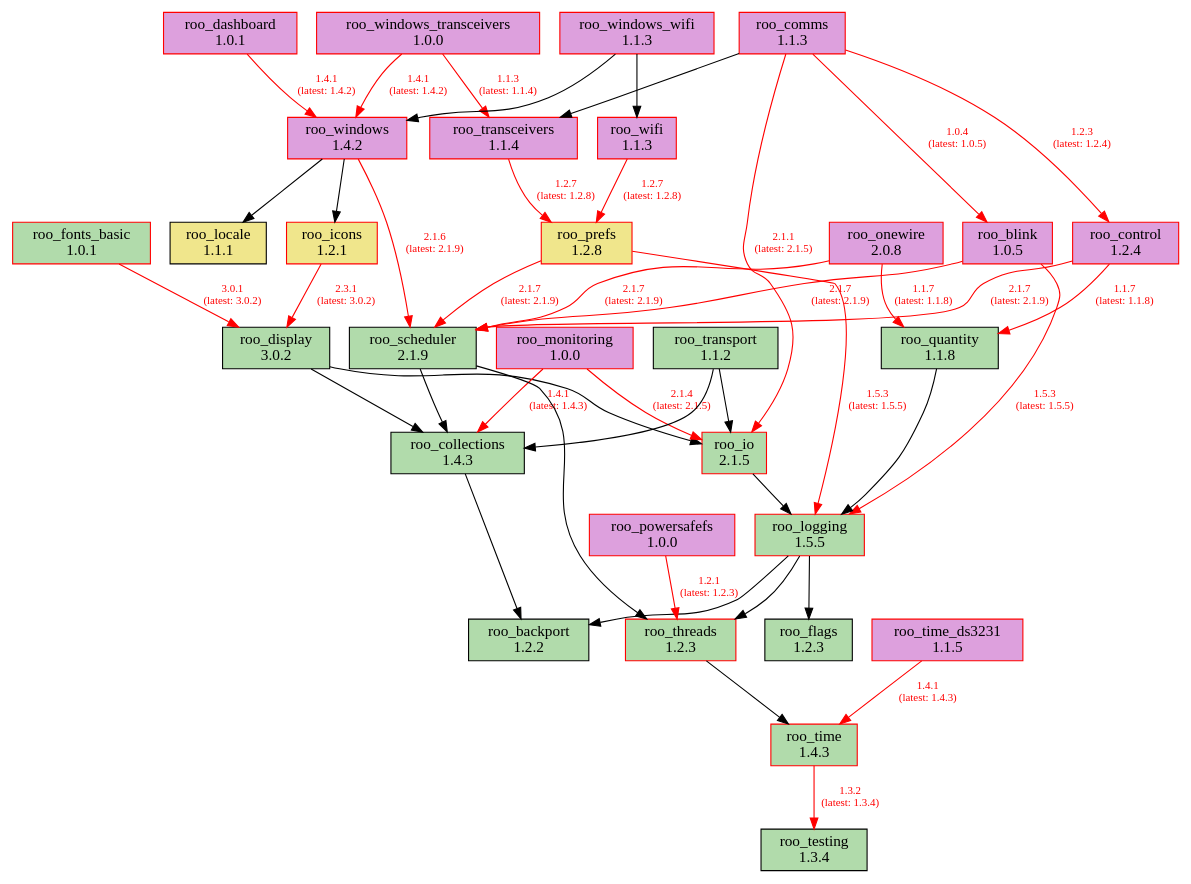
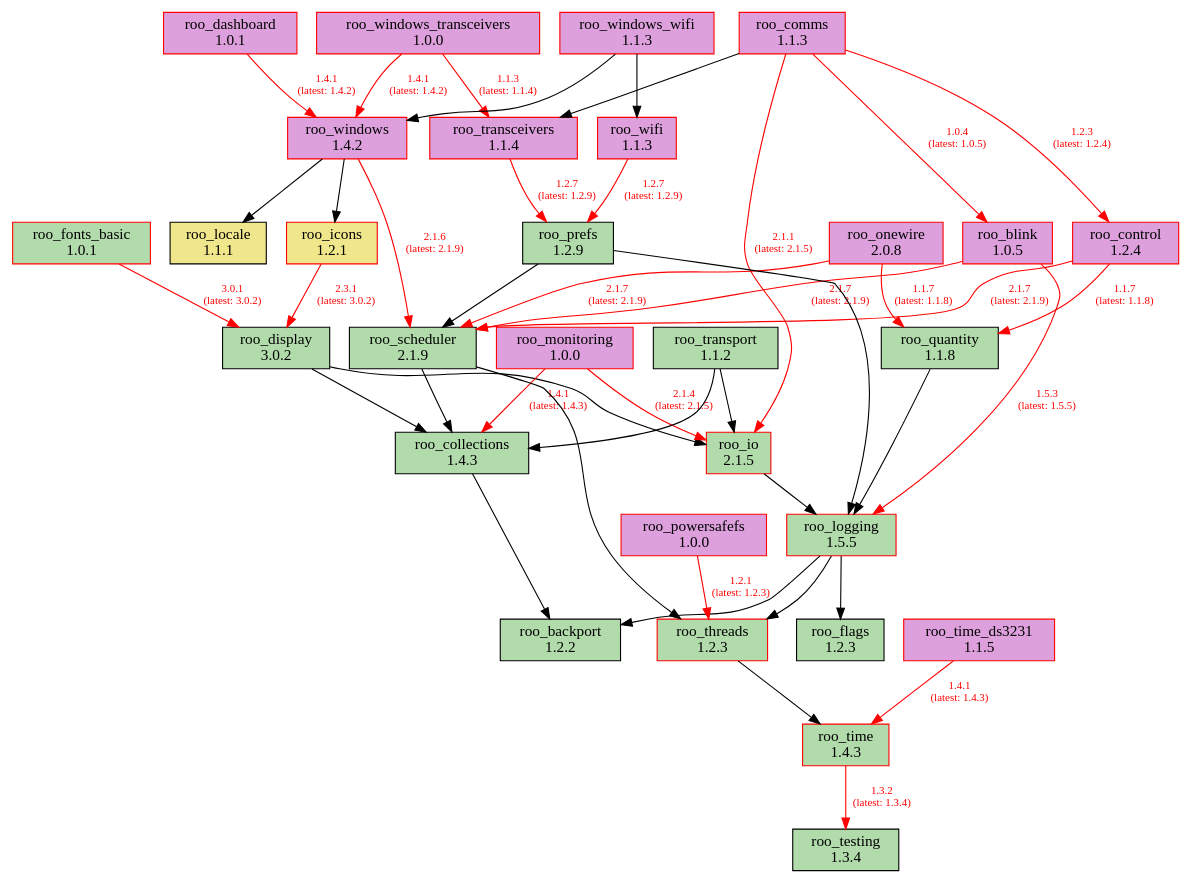
The diagram in doc/dependencies.dot (dejwk/roo-registry), drawn with Graphviz before and after one commit. The commit also changed 3 other files, not shown here.

Commit message:
Added roo_prefs 1.2.9 to the registry.

```diff
--- a/doc/dependencies.dot
+++ b/doc/dependencies.dot
@@ -1,80 +1,80 @@
 digraph dependencies {
     rankdir=TB;
     node [shape=box, style=filled];
     edge [fontsize=10];
 
     // Modules
     "roo_backport" [label="roo_backport\n1.2.2", fillcolor="#b1dbab", color="black"];
     "roo_blink" [label="roo_blink\n1.0.5", fillcolor="plum", color="red"];
     "roo_collections" [label="roo_collections\n1.4.3", fillcolor="#b1dbab", color="black"];
     "roo_comms" [label="roo_comms\n1.1.3", fillcolor="plum", color="red"];
     "roo_control" [label="roo_control\n1.2.4", fillcolor="plum", color="red"];
     "roo_dashboard" [label="roo_dashboard\n1.0.1", fillcolor="plum", color="red"];
     "roo_display" [label="roo_display\n3.0.2", fillcolor="#b1dbab", color="black"];
     "roo_flags" [label="roo_flags\n1.2.3", fillcolor="#b1dbab", color="black"];
     "roo_fonts_basic" [label="roo_fonts_basic\n1.0.1", fillcolor="#b1dbab", color="red"];
     "roo_icons" [label="roo_icons\n1.2.1", fillcolor="khaki", color="red"];
     "roo_io" [label="roo_io\n2.1.5", fillcolor="#b1dbab", color="red"];
     "roo_locale" [label="roo_locale\n1.1.1", fillcolor="khaki", color="black"];
     "roo_logging" [label="roo_logging\n1.5.5", fillcolor="#b1dbab", color="red"];
     "roo_monitoring" [label="roo_monitoring\n1.0.0", fillcolor="plum", color="red"];
     "roo_onewire" [label="roo_onewire\n2.0.8", fillcolor="plum", color="red"];
     "roo_powersafefs" [label="roo_powersafefs\n1.0.0", fillcolor="plum", color="red"];
-    "roo_prefs" [label="roo_prefs\n1.2.8", fillcolor="khaki", color="red"];
+    "roo_prefs" [label="roo_prefs\n1.2.9", fillcolor="#b1dbab", color="black"];
     "roo_quantity" [label="roo_quantity\n1.1.8", fillcolor="#b1dbab", color="black"];
     "roo_scheduler" [label="roo_scheduler\n2.1.9", fillcolor="#b1dbab", color="black"];
     "roo_testing" [label="roo_testing\n1.3.4", fillcolor="#b1dbab", color="black"];
     "roo_threads" [label="roo_threads\n1.2.3", fillcolor="#b1dbab", color="red"];
     "roo_time" [label="roo_time\n1.4.3", fillcolor="#b1dbab", color="red"];
     "roo_time_ds3231" [label="roo_time_ds3231\n1.1.5", fillcolor="plum", color="red"];
     "roo_transceivers" [label="roo_transceivers\n1.1.4", fillcolor="plum", color="red"];
     "roo_transport" [label="roo_transport\n1.1.2", fillcolor="#b1dbab", color="black"];
     "roo_wifi" [label="roo_wifi\n1.1.3", fillcolor="plum", color="red"];
     "roo_windows" [label="roo_windows\n1.4.2", fillcolor="plum", color="red"];
     "roo_windows_transceivers" [label="roo_windows_transceivers\n1.0.0", fillcolor="plum", color="red"];
     "roo_windows_wifi" [label="roo_windows_wifi\n1.1.3", fillcolor="plum", color="red"];
 
     // Dependencies
     "roo_blink" -> "roo_logging" [color=red, fontcolor=red, label="1.5.3\n(latest: 1.5.5)"];
     "roo_blink" -> "roo_scheduler" [color=red, fontcolor=red, label="2.1.7\n(latest: 2.1.9)"];
     "roo_collections" -> "roo_backport";
     "roo_comms" -> "roo_blink" [color=red, fontcolor=red, label="1.0.4\n(latest: 1.0.5)"];
     "roo_comms" -> "roo_control" [color=red, fontcolor=red, label="1.2.3\n(latest: 1.2.4)"];
     "roo_comms" -> "roo_io" [color=red, fontcolor=red, label="2.1.1\n(latest: 2.1.5)"];
     "roo_comms" -> "roo_transceivers";
     "roo_control" -> "roo_quantity" [color=red, fontcolor=red, label="1.1.7\n(latest: 1.1.8)"];
     "roo_control" -> "roo_scheduler" [color=red, fontcolor=red, label="2.1.7\n(latest: 2.1.9)"];
     "roo_dashboard" -> "roo_windows" [color=red, fontcolor=red, label="1.4.1\n(latest: 1.4.2)"];
     "roo_display" -> "roo_collections";
     "roo_display" -> "roo_io";
     "roo_fonts_basic" -> "roo_display" [color=red, fontcolor=red, label="3.0.1\n(latest: 3.0.2)"];
     "roo_icons" -> "roo_display" [color=red, fontcolor=red, label="2.3.1\n(latest: 3.0.2)"];
     "roo_io" -> "roo_logging";
     "roo_logging" -> "roo_backport";
     "roo_logging" -> "roo_flags";
     "roo_logging" -> "roo_threads";
     "roo_monitoring" -> "roo_collections" [color=red, fontcolor=red, label="1.4.1\n(latest: 1.4.3)"];
     "roo_monitoring" -> "roo_io" [color=red, fontcolor=red, label="2.1.4\n(latest: 2.1.5)"];
     "roo_onewire" -> "roo_scheduler" [color=red, fontcolor=red, label="2.1.7\n(latest: 2.1.9)"];
     "roo_onewire" -> "roo_quantity" [color=red, fontcolor=red, label="1.1.7\n(latest: 1.1.8)"];
     "roo_powersafefs" -> "roo_threads" [color=red, fontcolor=red, label="1.2.1\n(latest: 1.2.3)"];
-    "roo_prefs" -> "roo_logging" [color=red, fontcolor=red, label="1.5.3\n(latest: 1.5.5)"];
-    "roo_prefs" -> "roo_scheduler" [color=red, fontcolor=red, label="2.1.7\n(latest: 2.1.9)"];
+    "roo_prefs" -> "roo_logging";
+    "roo_prefs" -> "roo_scheduler";
     "roo_quantity" -> "roo_logging";
     "roo_scheduler" -> "roo_collections";
     "roo_scheduler" -> "roo_threads";
     "roo_threads" -> "roo_time";
     "roo_time" -> "roo_testing" [color=red, fontcolor=red, label="1.3.2\n(latest: 1.3.4)"];
     "roo_time_ds3231" -> "roo_time" [color=red, fontcolor=red, label="1.4.1\n(latest: 1.4.3)"];
-    "roo_transceivers" -> "roo_prefs" [color=red, fontcolor=red, label="1.2.7\n(latest: 1.2.8)"];
+    "roo_transceivers" -> "roo_prefs" [color=red, fontcolor=red, label="1.2.7\n(latest: 1.2.9)"];
     "roo_transport" -> "roo_collections";
     "roo_transport" -> "roo_io";
-    "roo_wifi" -> "roo_prefs" [color=red, fontcolor=red, label="1.2.7\n(latest: 1.2.8)"];
+    "roo_wifi" -> "roo_prefs" [color=red, fontcolor=red, label="1.2.7\n(latest: 1.2.9)"];
     "roo_windows" -> "roo_locale";
     "roo_windows" -> "roo_icons";
     "roo_windows" -> "roo_scheduler" [color=red, fontcolor=red, label="2.1.6\n(latest: 2.1.9)"];
     "roo_windows_transceivers" -> "roo_transceivers" [color=red, fontcolor=red, label="1.1.3\n(latest: 1.1.4)"];
     "roo_windows_transceivers" -> "roo_windows" [color=red, fontcolor=red, label="1.4.1\n(latest: 1.4.2)"];
     "roo_windows_wifi" -> "roo_wifi";
     "roo_windows_wifi" -> "roo_windows";
 }
```
